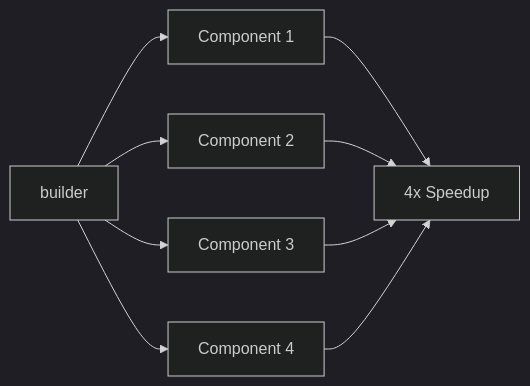
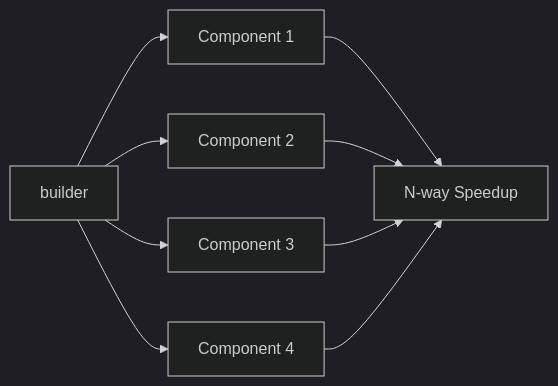
The second of 2 diagrams in README.md (say828/say-your-harmony), drawn with Mermaid (dark theme) before and after one commit. The commit also changed other lines of this file and 19 other files, not shown here.

````diff
--- a/README.md
+++ b/README.md
@@ -738,12 +738,12 @@
 ```mermaid
 graph LR
     A[builder] --> B1[Component 1]
     A --> B2[Component 2]
     A --> B3[Component 3]
     A --> B4[Component 4]
 
-    B1 --> C[4x Speedup]
+    B1 --> C[N-way Speedup]
     B2 --> C
     B3 --> C
     B4 --> C
 ```
````
